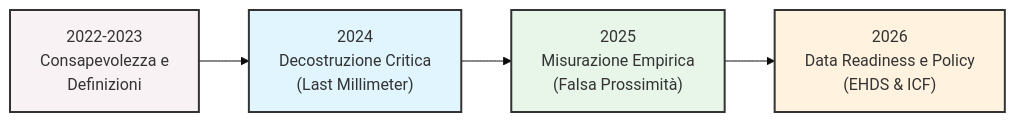
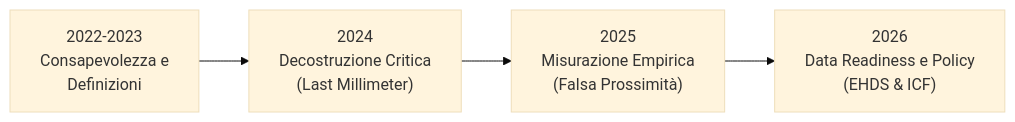
Before and after one commit to amagaro/Salvatore_Ricercatore: the diagram in content/60 - Approfondimenti/Sulla disabilità/Evoluzione Temporale - Sulla disabilità.md, drawn with Mermaid (base theme). The commit also changed 2 other files, not shown here.

Commit message:
Fix: Rimossi sfondi colorati dai diagrammi Mermaid per migliorare la leggibilità

````diff
--- a/content/60 - Approfondimenti/Sulla disabilità/Evoluzione Temporale - Sulla disabilità.md
+++ b/content/60 - Approfondimenti/Sulla disabilità/Evoluzione Temporale - Sulla disabilità.md
@@ -11,11 +11,6 @@
 ```mermaid
 graph LR
     A["2022-2023<br>Consapevolezza e<br>Definizioni"] --> B["2024<br>Decostruzione Critica<br>(Last Millimeter)"]
     B --> C["2025<br>Misurazione Empirica<br>(Falsa Prossimità)"]
     C --> D["2026<br>Data Readiness e Policy<br>(EHDS & ICF)"]
-    
-    style A fill:#f9f2f4,stroke:#333,stroke-width:2px
-    style B fill:#e1f5fe,stroke:#333,stroke-width:2px
-    style C fill:#e8f5e9,stroke:#333,stroke-width:2px
-    style D fill:#fff3e0,stroke:#333,stroke-width:2px
 ```
````
